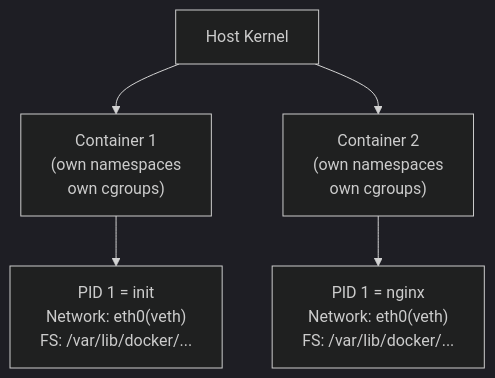
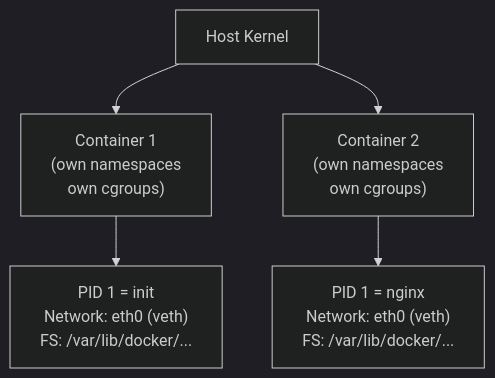
The diagram in content/questions/fundamentals/namespaces-cgroups.md (pploc/swe-icon-the-moment), drawn with Mermaid (dark theme) before and after one commit. The commit also changed 95 other files, not shown here.

Commit message:
fix: update the practice mode diagram bug not display

````diff
--- a/content/questions/fundamentals/namespaces-cgroups.md
+++ b/content/questions/fundamentals/namespaces-cgroups.md
@@ -31,10 +31,11 @@
 ```mermaid
 flowchart TD
-    Host["Host Kernel"] --> N1["Container 1\n(own namespaces\nown cgroups)"]
-    Host --> N2["Container 2\n(own namespaces\nown cgroups)"]
-    N1 --> P1["PID 1 = init\nNetwork: eth0(veth)\nFS: /var/lib/docker/..."]
-    N2 --> P2["PID 1 = nginx\nNetwork: eth0(veth)\nFS: /var/lib/docker/..."]
+    Host["Host Kernel"] --> N1["Container 1\n (own namespaces\nown cgroups)"]
+    Host --> N2["Container 2\n (own namespaces\nown cgroups)"]
+    N1 --> P1["PID 1 = init\nNetwork: eth0 (veth)\nFS: /var/lib/docker/..."]
+    N2 --> P2["PID 1 = nginx\nNetwork: eth0 (veth)\nFS: /var/lib/docker/..."]
+
 
 
 
 ```
````
